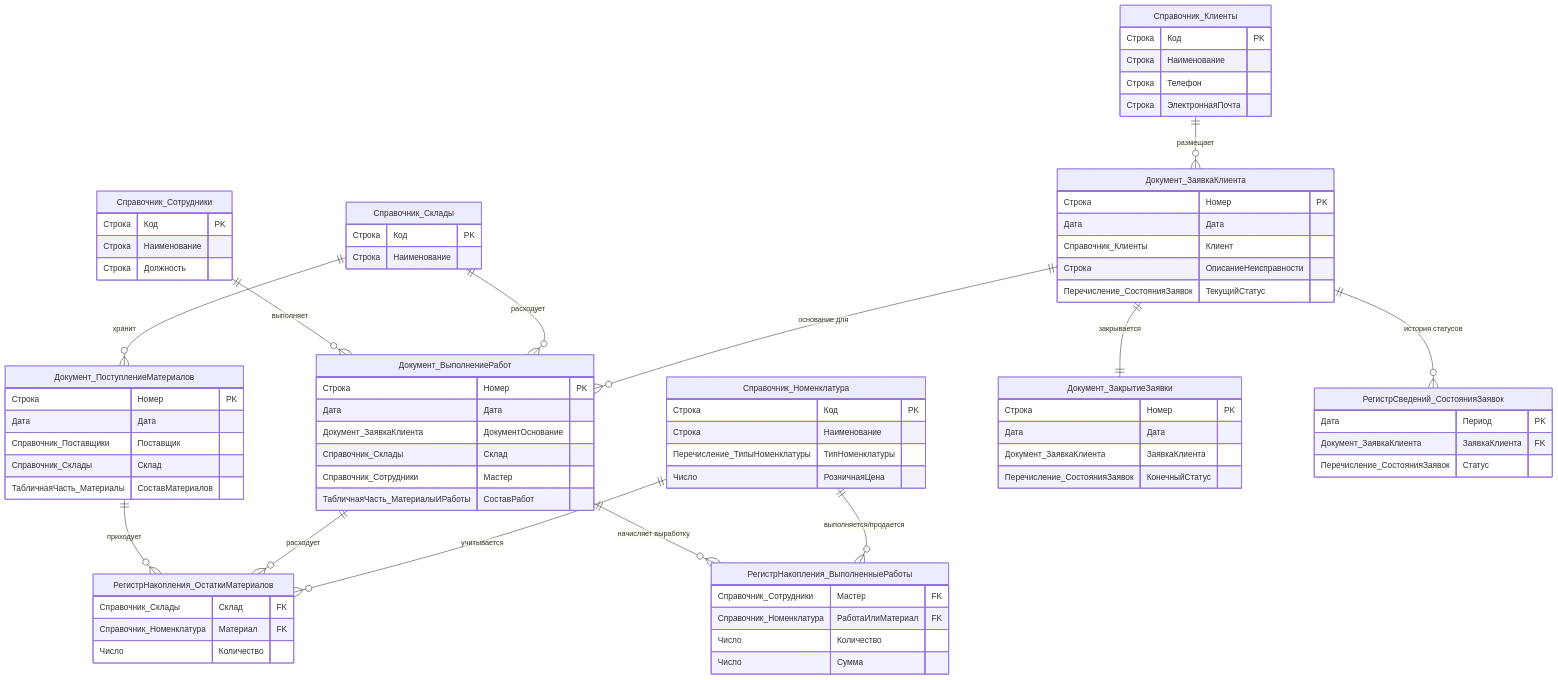
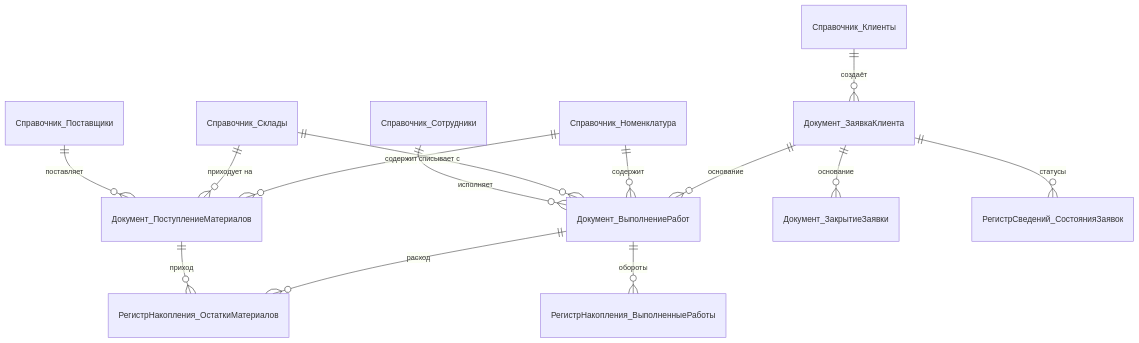
Before and after one commit to TheYxel/Master_Service_1C: the diagram in README.md, drawn with Mermaid. The commit also changed other lines of this file, not shown here.

````diff
--- a/README.md
+++ b/README.md
@@ -20,85 +19,18 @@
 ```mermaid
 erDiagram
-    Справочник_Клиенты {
-        Строка Код PK
-        Строка Наименование
-        Строка Телефон
-        Строка ЭлектроннаяПочта
-    }
-    Справочник_Сотрудники {
-        Строка Код PK
-        Строка Наименование
-        Строка Должность
-    }
-    Справочник_Склады {
-        Строка Код PK
-        Строка Наименование
-    }
-    Справочник_Номенклатура {
-        Строка Код PK
-        Строка Наименование
-        Перечисление_ТипыНоменклатуры ТипНоменклатуры
-        Число РозничнаяЦена
-    }
-    Документ_ЗаявкаКлиента {
-        Строка Номер PK
-        Дата Дата
-        Справочник_Клиенты Клиент
-        Строка ОписаниеНеисправности
-        Перечисление_СостоянияЗаявок ТекущийСтатус
-    }
-    Документ_ПоступлениеМатериалов {
-        Строка Номер PK
-        Дата Дата
-        Справочник_Поставщики Поставщик
-        Справочник_Склады Склад
-        ТабличнаяЧасть_Материалы СоставМатериалов
-    }
-    Документ_ВыполнениеРабот {
-        Строка Номер PK
-        Дата Дата
-        Документ_ЗаявкаКлиента ДокументОснование
-        Справочник_Склады Склад
-        Справочник_Сотрудники Мастер
-        ТабличнаяЧасть_МатериалыИРаботы СоставРабот
-    }
-    Документ_ЗакрытиеЗаявки {
-        Строка Номер PK
-        Дата Дата
-        Документ_ЗаявкаКлиента ЗаявкаКлиента
-        Перечисление_СостоянияЗаявок КонечныйСтатус
-    }
-    РегистрСведений_СостоянияЗаявок {
-        Дата Период PK
-        Документ_ЗаявкаКлиента ЗаявкаКлиента FK
-        Перечисление_СостоянияЗаявок Статус
-    }
-    РегистрНакопления_ОстаткиМатериалов {
-        Справочник_Склады Склад FK
-        Справочник_Номенклатура Материал FK
-        Число Количество
-    }
-    РегистрНакопления_ВыполненныеРаботы {
-        Справочник_Сотрудники Мастер FK
-        Справочник_Номенклатура РаботаИлиМатериал FK
-        Число Количество
-        Число Сумма
-    }
+    Справочник_Клиенты ||--o{ Документ_ЗаявкаКлиента : "создаёт"
+    Справочник_Сотрудники ||--o{ Документ_ВыполнениеРабот : "исполняет"
+    Справочник_Поставщики ||--o{ Документ_ПоступлениеМатериалов : "поставляет"
+    Справочник_Склады ||--o{ Документ_ПоступлениеМатериалов : "приходует на"
+    Справочник_Склады ||--o{ Документ_ВыполнениеРабот : "списывает с"
+    Справочник_Номенклатура ||--o{ Документ_ПоступлениеМатериалов : "содержит"
+    Справочник_Номенклатура ||--o{ Документ_ВыполнениеРабот : "содержит"
 
-    Справочник_Клиенты ||--o{ Документ_ЗаявкаКлиента : "размещает"
-    Справочник_Сотрудники ||--o{ Документ_ВыполнениеРабот : "выполняет"
-    Справочник_Склады ||--o{ Документ_ПоступлениеМатериалов : "хранит"
-    Справочник_Склады ||--o{ Документ_ВыполнениеРабот : "расходует"
-    
-    Документ_ЗаявкаКлиента ||--o{ Документ_ВыполнениеРабот : "основание для"
-    Документ_ЗаявкаКлиента ||--|| Документ_ЗакрытиеЗаявки : "закрывается"
-    
-    Документ_ЗаявкаКлиента ||--o{ РегистрСведений_СостоянияЗаявок : "история статусов"
-    
-    Документ_ПоступлениеМатериалов ||--o{ РегистрНакопления_ОстаткиМатериалов : "приходует"
-    Документ_ВыполнениеРабот ||--o{ РегистрНакопления_ОстаткиМатериалов : "расходует"
-    Документ_ВыполнениеРабот ||--o{ РегистрНакопления_ВыполненныеРаботы : "начисляет выработку"
-    
-    Справочник_Номенклатура ||--o{ РегистрНакопления_ОстаткиМатериалов : "учитывается"
-    Справочник_Номенклатура ||--o{ РегистрНакопления_ВыполненныеРаботы : "выполняется/продается"
+    Документ_ЗаявкаКлиента ||--o{ Документ_ВыполнениеРабот : "основание"
+    Документ_ЗаявкаКлиента ||--o{ Документ_ЗакрытиеЗаявки : "основание"
+    Документ_ЗаявкаКлиента ||--o{ РегистрСведений_СостоянияЗаявок : "статусы"
+
+    Документ_ПоступлениеМатериалов ||--o{ РегистрНакопления_ОстаткиМатериалов : "приход"
+    Документ_ВыполнениеРабот ||--o{ РегистрНакопления_ОстаткиМатериалов : "расход"
+    Документ_ВыполнениеРабот ||--o{ РегистрНакопления_ВыполненныеРаботы : "обороты"
 ```
````
